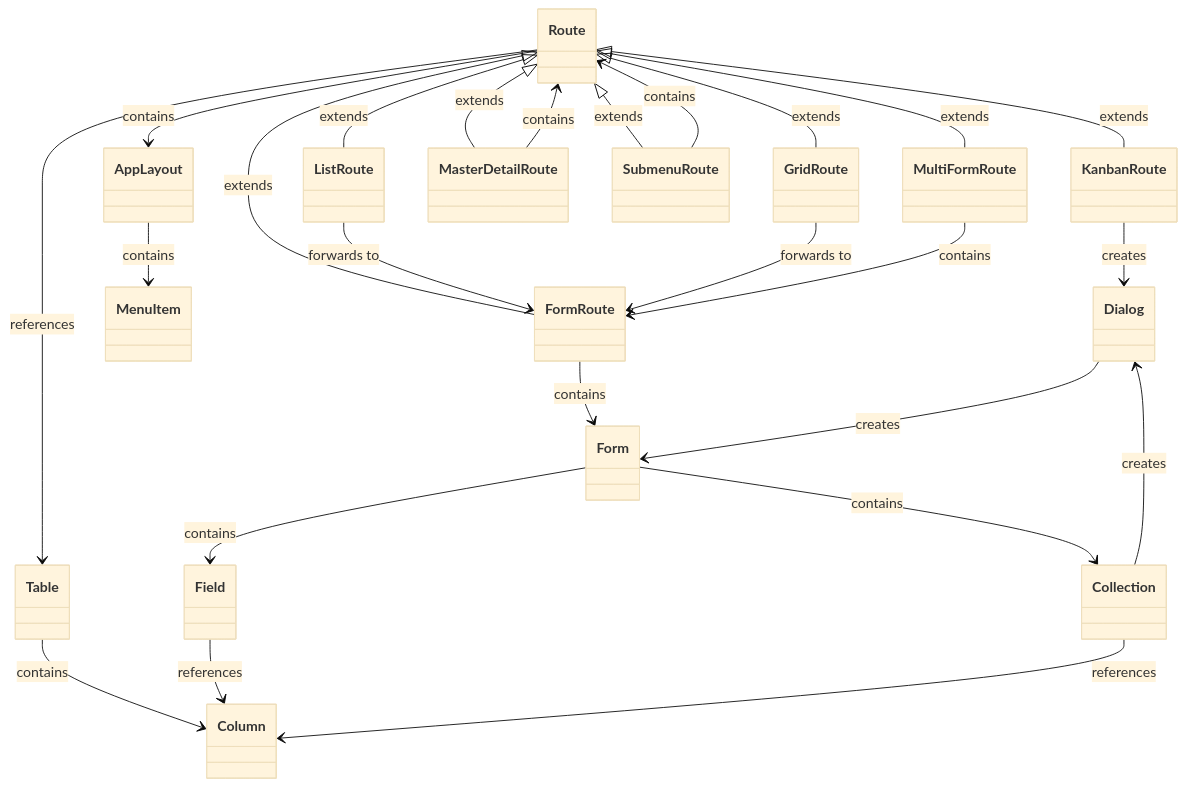
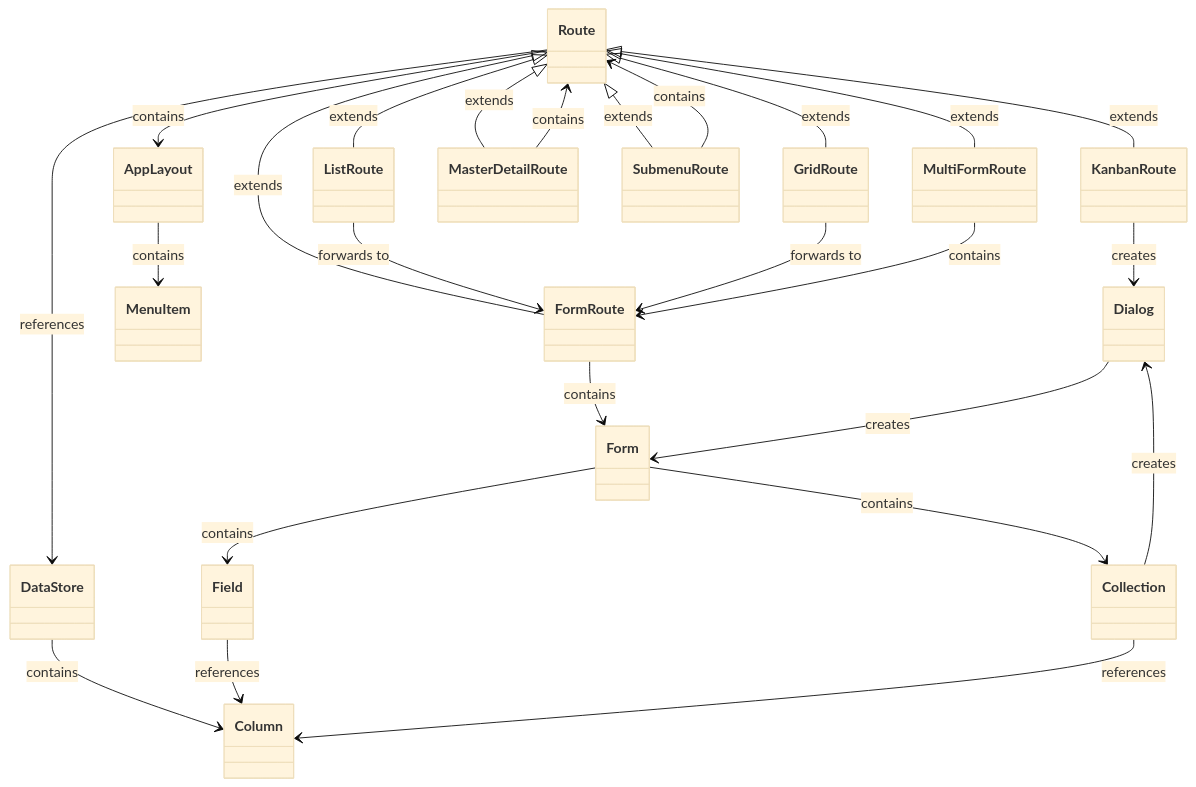
Before and after one commit to appreciated/vortex-crud: the first of 2 diagrams in README.md, drawn with Mermaid (base theme). The commit also changed other lines of this file, not shown here.

````diff
--- a/README.md
+++ b/README.md
@@ -80,44 +79,44 @@
 ```mermaid
 classDiagram
     class Dialog
-    class Table
+    class DataStore
     class Column
     class Route 
     class KanbanRoute
     class AppLayout 
     class MenuItem
     class FormRoute
     class GridRoute
     class ListRoute
     class MasterDetailRoute
     class SubmenuRoute
     class MultiFormRoute
     class FormRoute
     class Field
     class Collection
     
     Route <|-- GridRoute: extends
     Route <|-- KanbanRoute: extends
     Route <|-- ListRoute: extends
     Route <|-- MasterDetailRoute: extends
     Route <|-- SubmenuRoute: extends
     Route <|-- MultiFormRoute: extends
     Route <|-- FormRoute: extends
     Route --> AppLayout: contains
     SubmenuRoute --> Route: contains
     MasterDetailRoute --> Route: contains
     AppLayout --> MenuItem: contains
     ListRoute --> FormRoute: forwards to
     GridRoute --> FormRoute: forwards to
     FormRoute --> Form: contains
     MultiFormRoute --> FormRoute: contains
     Form --> Field: contains
     Form --> Collection: contains
-    Route --> Table: references
-    Table --> Column: contains
+    Route --> DataStore: references
+    DataStore --> Column: contains
     Field --> Column: references
     Collection --> Column: references
     Collection --> Dialog: creates
     KanbanRoute --> Dialog: creates
     Dialog --> Form: creates
 ```
````
